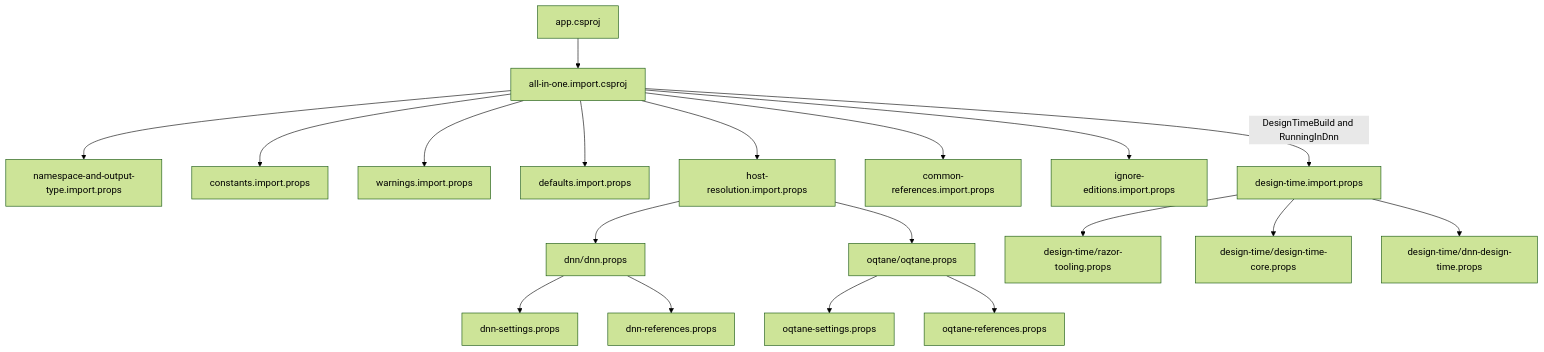
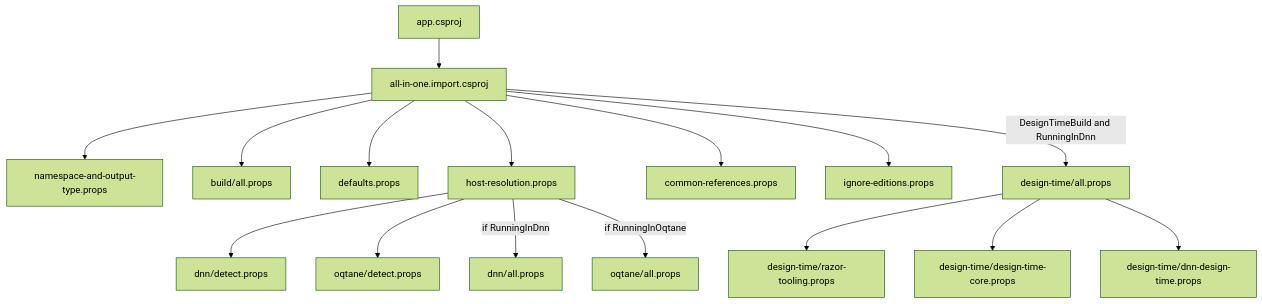
The first of 3 diagrams in readme.md (2sxc-apps/app-extension-dotnet-project), drawn with Mermaid (forest theme) before and after one commit. The commit also changed other lines of this file and 29 other files, not shown here.

````diff
--- a/readme.md
+++ b/readme.md
@@ -182,26 +171,21 @@
 ```mermaid
 flowchart TD
     APP[app.csproj] --> ROOT[all-in-one.import.csproj]
 
-    ROOT --> NS[namespace-and-output-type.import.props]
-    ROOT --> CONST[constants.import.props]
-    ROOT --> WARN[warnings.import.props]
-    ROOT --> DEF[defaults.import.props]
-    ROOT --> HOST[host-resolution.import.props]
-    ROOT --> COMMON[common-references.import.props]
-    ROOT --> EDIT[ignore-editions.import.props]
-    ROOT -->|DesignTimeBuild and RunningInDnn| DT[design-time.import.props]
+    ROOT --> NS[namespace-and-output-type.props]
+    ROOT --> BUILD[build/all.props]
+    ROOT --> DEF[defaults.props]
+    ROOT --> HOST[host-resolution.props]
+    ROOT --> COMMON[common-references.props]
+    ROOT --> EDIT[ignore-editions.props]
+    ROOT -->|DesignTimeBuild and RunningInDnn| DT[design-time/all.props]
 
-    HOST --> DNN[dnn/dnn.props]
-    HOST --> OQT[oqtane/oqtane.props]
-
-    DNN --> DNNSET[dnn-settings.props]
-    DNN --> DNNREF[dnn-references.props]
-
-    OQT --> OQTSET[oqtane-settings.props]
-    OQT --> OQTREF[oqtane-references.props]
+    HOST --> DNNDET[dnn/detect.props]
+    HOST --> OQTDET[oqtane/detect.props]
+    HOST -->|if RunningInDnn| DNN[dnn/all.props]
+    HOST -->|if RunningInOqtane| OQT[oqtane/all.props]
 
     DT --> RAZOR[design-time/razor-tooling.props]
     DT --> DTCORE[design-time/design-time-core.props]
     DT --> DTDNN[design-time/dnn-design-time.props]
 ```
````
